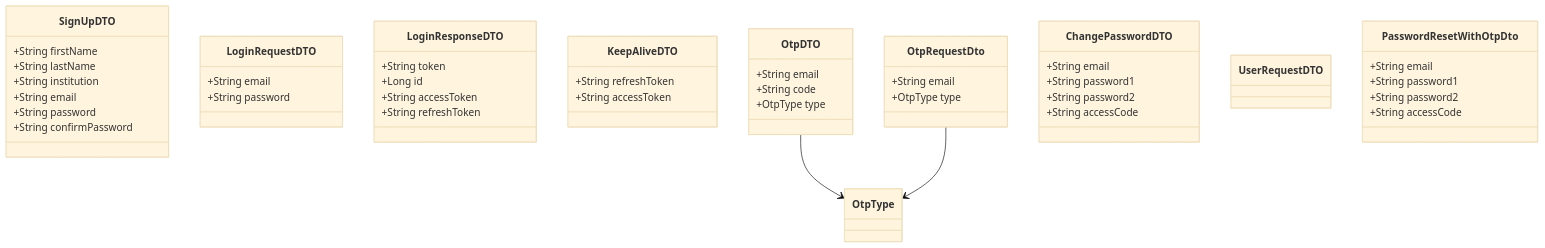
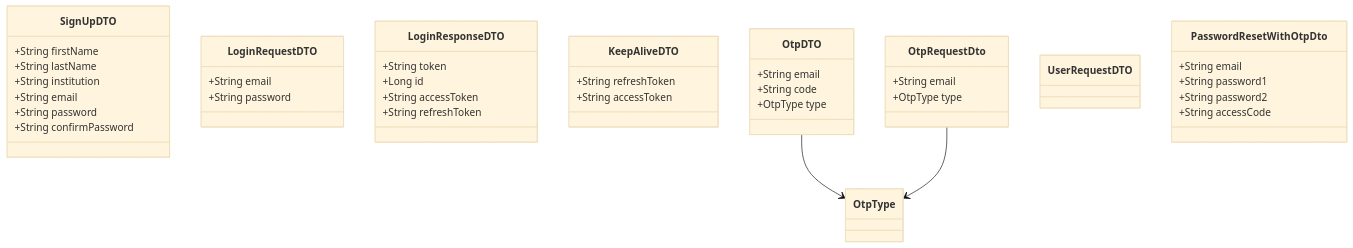
The diagram in docs/domain-dtos.mmd (ViturNatsu/SmartPay), drawn with Mermaid (base theme) before and after one commit. The commit also changed 5 other files, not shown here.

Commit message:
[email-verification-otp] fix: resolved error with the password reset flow. added success message on verification page.

```diff
--- a/docs/domain-dtos.mmd
+++ b/docs/domain-dtos.mmd
@@ -1,58 +1,51 @@
 classDiagram
     class SignUpDTO {
         +String firstName
         +String lastName
         +String institution
         +String email
         +String password
         +String confirmPassword
     }
 
     class LoginRequestDTO {
         +String email
         +String password
     }
 
     class LoginResponseDTO {
         +String token
         +Long id
         +String accessToken
         +String refreshToken
     }
 
     class KeepAliveDTO {
         +String refreshToken
         +String accessToken
     }
 
     class OtpDTO {
         +String email
         +String code
         +OtpType type
     }
 
     class OtpRequestDto {
         +String email
         +OtpType type
     }
 
-    class ChangePasswordDTO {
-        +String email
-        +String password1
-        +String password2
-        +String accessCode
-    }
-
     class UserRequestDTO {
         %% TODO: Currently empty in code
     }
 
     class PasswordResetWithOtpDto {
         +String email
         +String password1
         +String password2
         +String accessCode
     }
 
     OtpDTO --> OtpType
     OtpRequestDto --> OtpType
```
